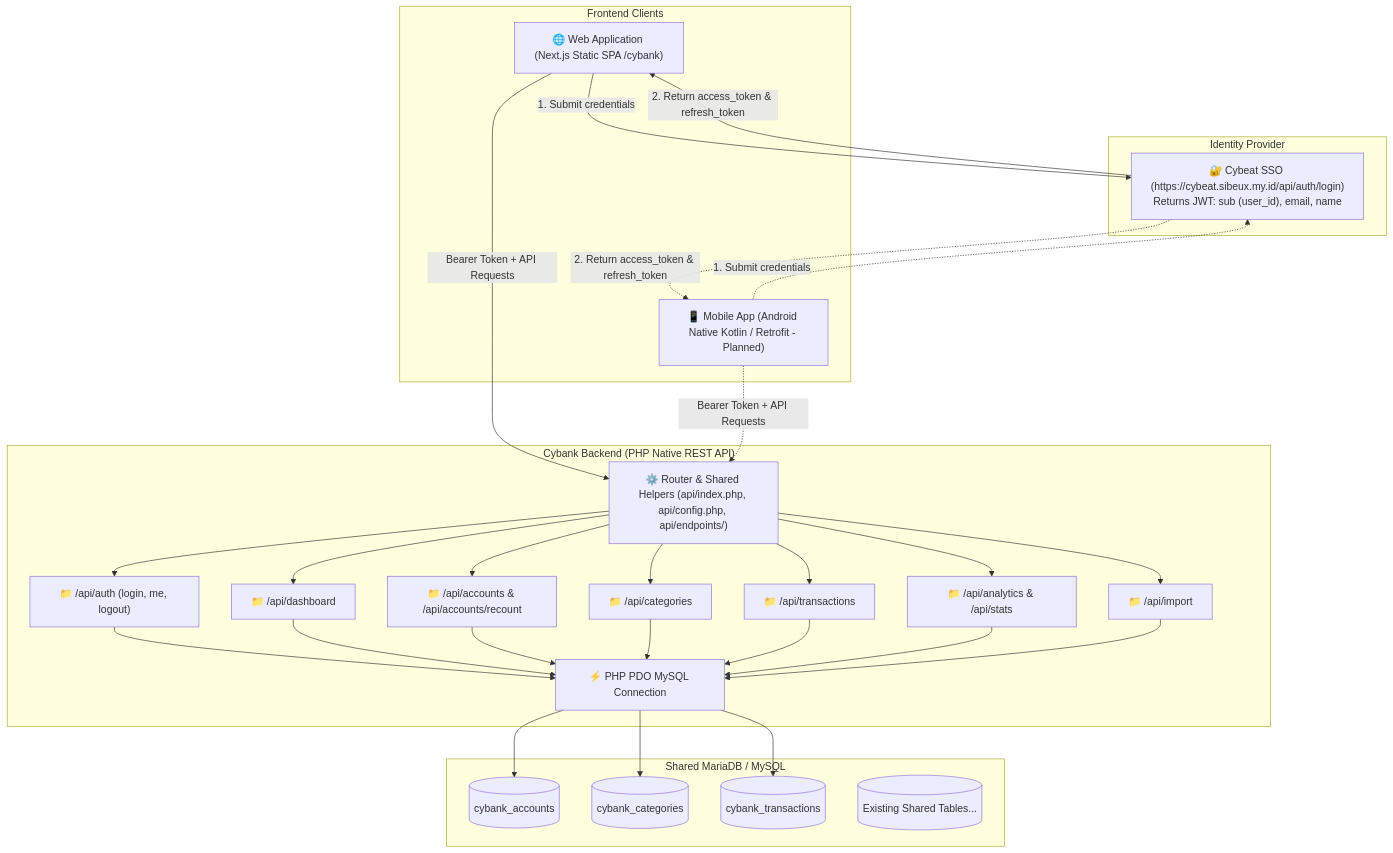
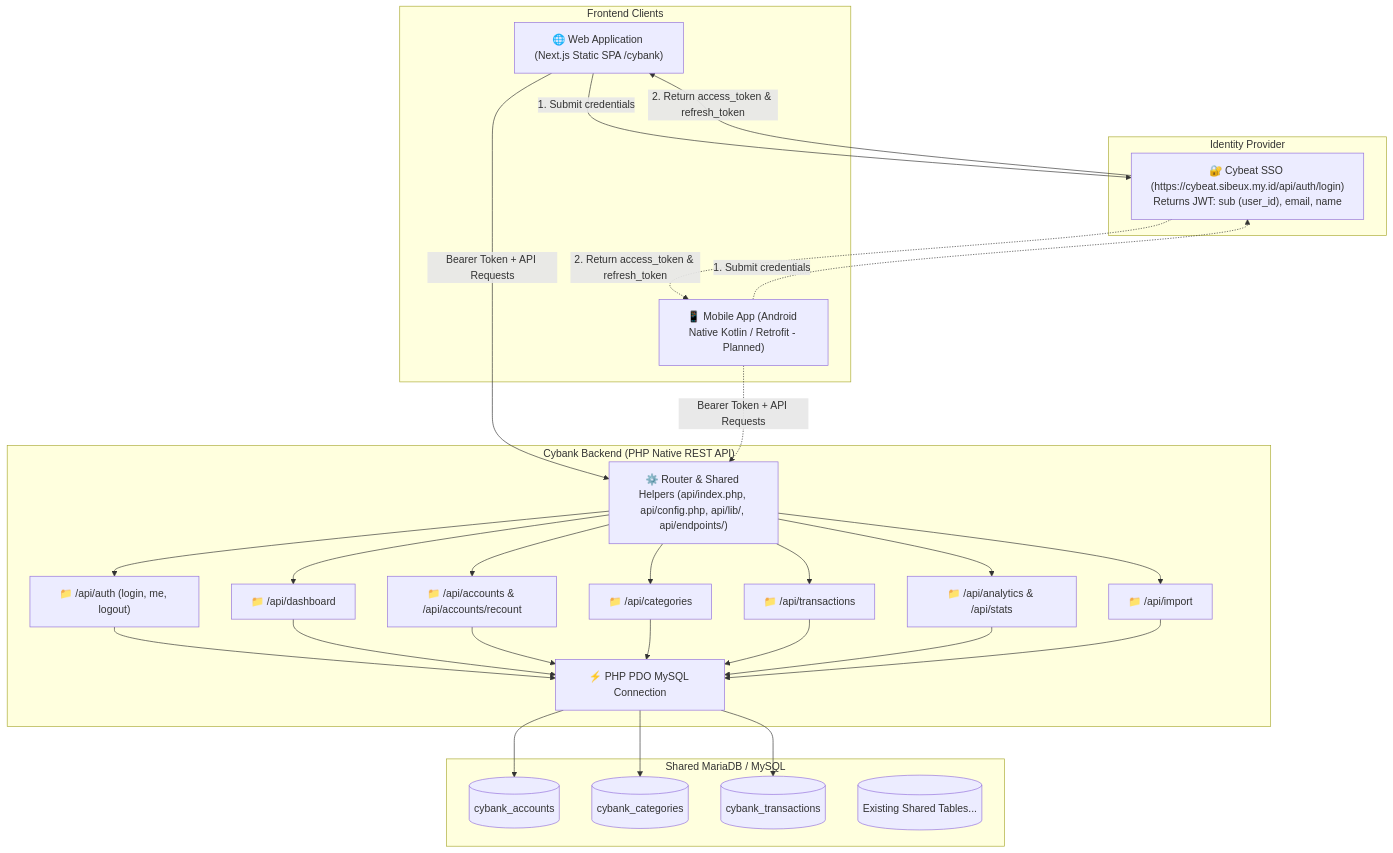
The diagram in README.md (sibeux/cybank-web), drawn with Mermaid before and after one commit. The commit also changed other lines of this file and 11 other files, not shown here.

First line of the commit message:
refactor(api): modularize backend helpers into separate library files

````diff
--- a/README.md
+++ b/README.md
@@ -24,42 +24,42 @@
 ```mermaid
 flowchart TD
     subgraph Clients["Frontend Clients"]
         WEB["🌐 Web Application (Next.js Static SPA /cybank)"]
         ANDROID["📱 Mobile App (Android Native Kotlin / Retrofit - Planned)"]
     end
 
     subgraph Auth["Identity Provider"]
         SSO["🔐 Cybeat SSO (https://cybeat.sibeux.my.id/api/auth/login)<br/>Returns JWT: sub (user_id), email, name"]
     end
 
     subgraph Backend["Cybank Backend (PHP Native REST API)"]
-        ROUTER["⚙️ Router & Shared Helpers (api/index.php, api/config.php, api/endpoints/)"]
+        ROUTER["⚙️ Router & Shared Helpers (api/index.php, api/config.php, api/lib/, api/endpoints/)"]
         API_AUTH["📁 /api/auth (login, me, logout)"]
         API_DASHBOARD["📁 /api/dashboard"]
         API_ACCOUNTS["📁 /api/accounts & /api/accounts/recount"]
         API_CATEGORIES["📁 /api/categories"]
         API_TRANSACTIONS["📁 /api/transactions"]
         API_ANALYTICS["📁 /api/analytics & /api/stats"]
         API_IMPORT["📁 /api/import"]
         PDO["⚡ PHP PDO MySQL Connection"]
     end
 
     subgraph Database["Shared MariaDB / MySQL"]
         T_ACC[("cybank_accounts")]
         T_CAT[("cybank_categories")]
         T_TX[("cybank_transactions")]
         OTHER_TABLES[("Existing Shared Tables...")]
     end
 
     WEB -->|1. Submit credentials| SSO
     ANDROID -.->|1. Submit credentials| SSO
     SSO -->|2. Return access_token & refresh_token| WEB
     SSO -.->|2. Return access_token & refresh_token| ANDROID
 
     WEB -->|Bearer Token + API Requests| ROUTER
     ANDROID -.->|Bearer Token + API Requests| ROUTER
 
     ROUTER --> API_AUTH & API_DASHBOARD & API_ACCOUNTS & API_CATEGORIES & API_TRANSACTIONS & API_ANALYTICS & API_IMPORT
     API_AUTH & API_DASHBOARD & API_ACCOUNTS & API_CATEGORIES & API_TRANSACTIONS & API_ANALYTICS & API_IMPORT --> PDO
     PDO --> T_ACC & T_CAT & T_TX
 ```
````
